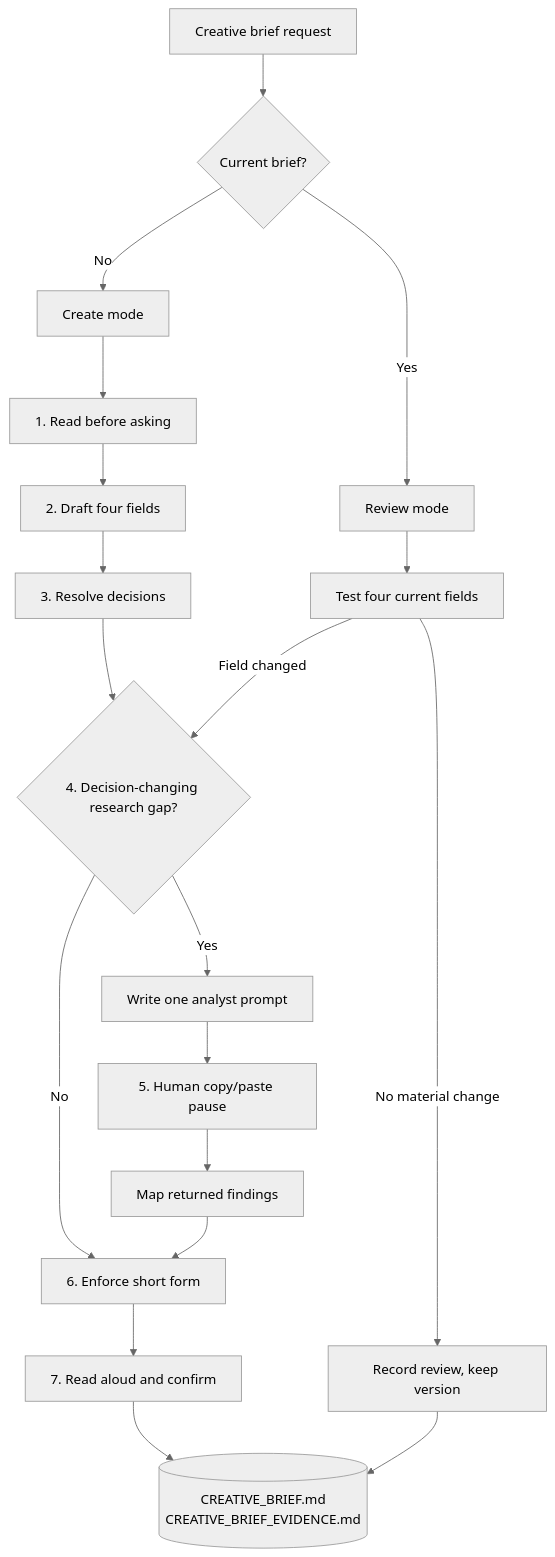
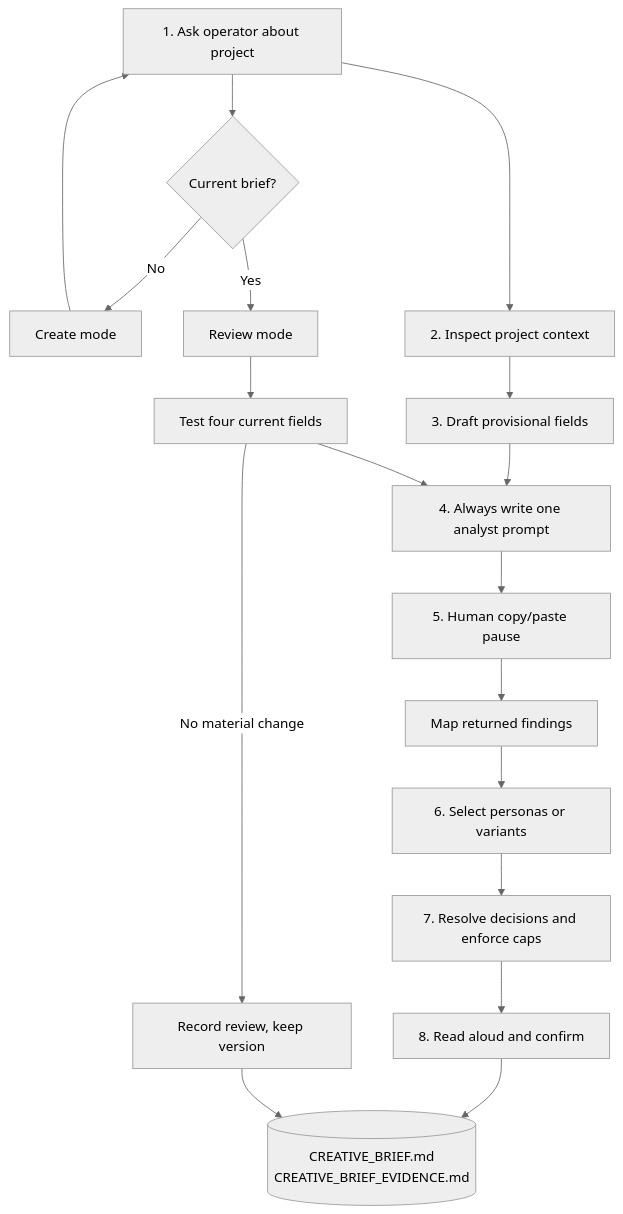
One commit to rloureiropyx/design-skills changed the first of 2 diagrams in docs/creative-brief/blueprint.md. Above: the diagram before and after it, drawn with Mermaid (neutral theme). The commit also changed other lines of this file and 12 other files, not shown here.

````diff
--- a/docs/creative-brief/blueprint.md
+++ b/docs/creative-brief/blueprint.md
@@ -8,21 +8,20 @@
 ```mermaid
 flowchart TD
   ASK[Creative brief request] --> MODE{Current brief?}
   MODE -->|No| CREATE[Create mode]
   MODE -->|Yes| REVIEW[Review mode]
-  CREATE --> READ[1. Read before asking]
-  READ --> DRAFT[2. Draft four fields]
-  DRAFT --> GRILL[3. Resolve decisions]
-  GRILL --> GATE{4. Decision-changing research gap?}
-  GATE -->|No| CAP[6. Enforce short form]
-  GATE -->|Yes| PROMPT[Write one analyst prompt]
+  CREATE --> ASK[1. Ask operator about project]
+  ASK --> READ[2. Inspect project context]
+  READ --> DRAFT[3. Draft provisional fields]
+  DRAFT --> PROMPT[4. Always write one analyst prompt]
   PROMPT --> WAIT[5. Human copy/paste pause]
   WAIT --> RETURN[Map returned findings]
-  RETURN --> CAP
-  CAP --> CONFIRM[7. Read aloud and confirm]
+  RETURN --> PERSONA[6. Select personas or variants]
+  PERSONA --> CAP[7. Resolve decisions and enforce caps]
+  CAP --> CONFIRM[8. Read aloud and confirm]
   CONFIRM --> FILES[(CREATIVE_BRIEF.md<br/>CREATIVE_BRIEF_EVIDENCE.md)]
   REVIEW --> TEST[Test four current fields]
   TEST -->|No material change| RECORD[Record review, keep version]
-  TEST -->|Field changed| GATE
+  TEST --> PROMPT
   RECORD --> FILES
 ```
````
